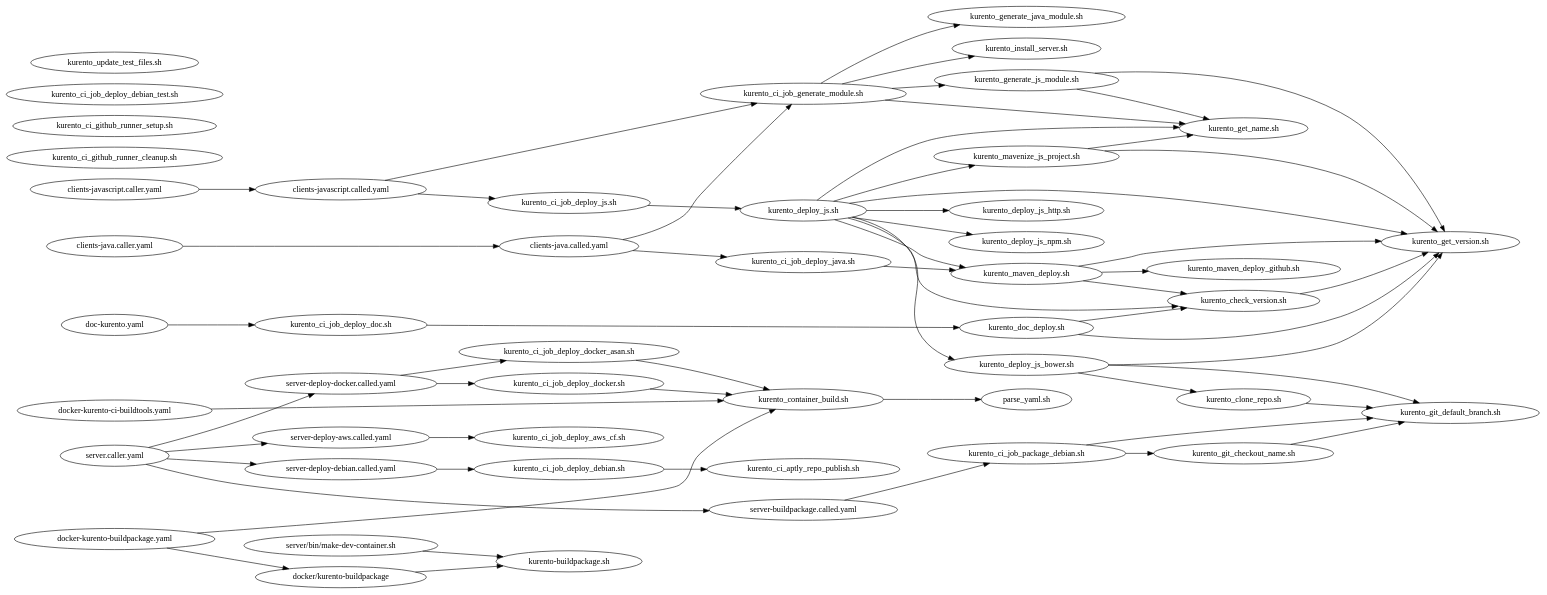
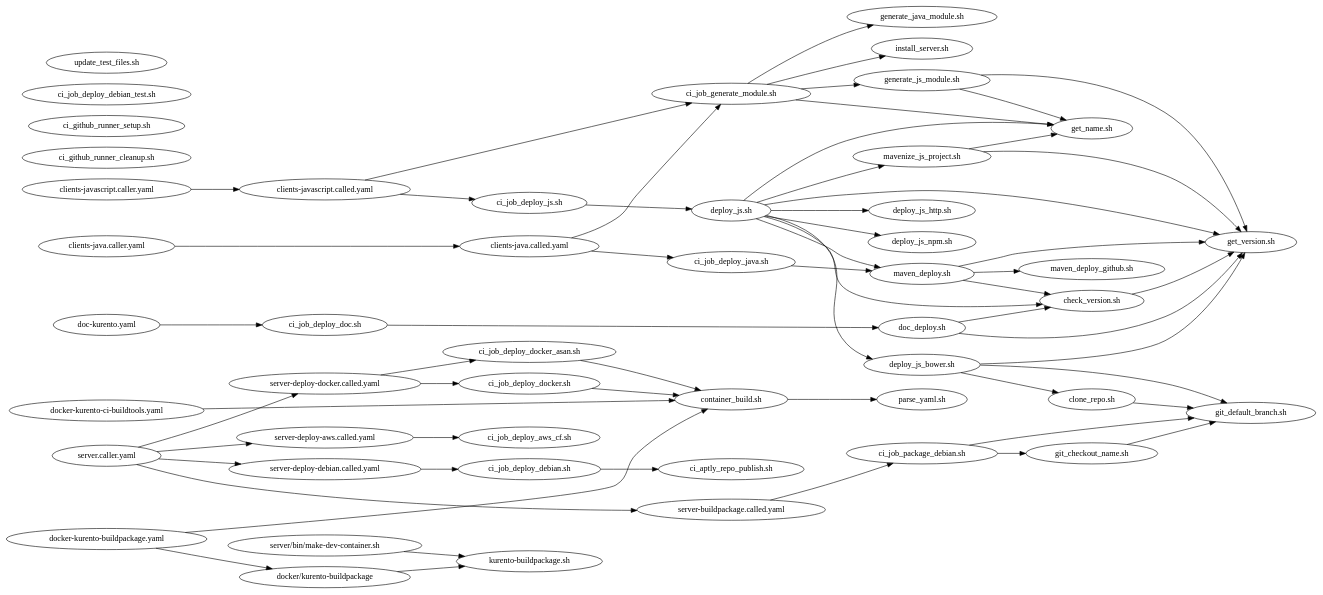
Before and after one commit to Kurento/kurento: the diagram in ci-scripts/README.d/scripts-dependencies.dot, drawn with Graphviz. The commit also changed 46 other files, not shown here.

```diff
--- a/ci-scripts/README.d/scripts-dependencies.dot
+++ b/ci-scripts/README.d/scripts-dependencies.dot
@@ -1,185 +1,185 @@
 digraph scripts {
   //bgcolor = "transparent";
   fontname = "Bitstream Vera Sans";
   fontsize = 8;
   rankdir = "LR";
 
 
   // GitHub Actions CI workflows
   // ===========================
 
   // Standalone definitions.
   // Used so these can be applied the same root rank and appear at the same level.
   {
     rank = "same";
 
     "clients-java.caller.yaml";
     "clients-javascript.caller.yaml";
     "doc-kurento.yaml";
     "docker-kurento-buildpackage.yaml";
     "docker-kurento-ci-buildtools.yaml";
     "server.caller.yaml";
   }
 
   // Root parent jobs.
   "clients-java.caller.yaml" -> {
     "clients-java.called.yaml"
   };
   "clients-javascript.caller.yaml" -> {
     "clients-javascript.called.yaml"
   };
   "doc-kurento.yaml" -> {
-    "kurento_ci_job_deploy_doc.sh"
+    "ci_job_deploy_doc.sh"
   };
   "docker-kurento-buildpackage.yaml" -> {
-    "kurento_container_build.sh"
+    "container_build.sh"
     "docker/kurento-buildpackage"
   };
   "docker-kurento-ci-buildtools.yaml" -> {
-    "kurento_container_build.sh"
+    "container_build.sh"
   };
   "server.caller.yaml" -> {
     "server-buildpackage.called.yaml"
     "server-deploy-aws.called.yaml"
     "server-deploy-debian.called.yaml"
     "server-deploy-docker.called.yaml"
   };
 
   // Child jobs ("reusable workflows")
   "clients-java.called.yaml" -> {
-    "kurento_ci_job_deploy_java.sh"
-    "kurento_ci_job_generate_module.sh"
+    "ci_job_deploy_java.sh"
+    "ci_job_generate_module.sh"
   };
   "clients-javascript.called.yaml" -> {
-    "kurento_ci_job_deploy_js.sh"
-    "kurento_ci_job_generate_module.sh"
+    "ci_job_deploy_js.sh"
+    "ci_job_generate_module.sh"
   };
   "server-buildpackage.called.yaml" -> {
-    "kurento_ci_job_package_debian.sh"
+    "ci_job_package_debian.sh"
   };
   "server-deploy-aws.called.yaml" -> {
-    "kurento_ci_job_deploy_aws_cf.sh"
+    "ci_job_deploy_aws_cf.sh"
   };
   "server-deploy-debian.called.yaml" -> {
-    "kurento_ci_job_deploy_debian.sh"
+    "ci_job_deploy_debian.sh"
   };
   "server-deploy-docker.called.yaml" -> {
-    "kurento_ci_job_deploy_docker.sh"
-    "kurento_ci_job_deploy_docker_asan.sh"
+    "ci_job_deploy_docker.sh"
+    "ci_job_deploy_docker_asan.sh"
   };
 
 
   // GitHub Actions CI job scripts
   // =============================
 
-  "kurento_ci_aptly_repo_publish.sh";
-  "kurento_ci_github_runner_cleanup.sh";
-  "kurento_ci_github_runner_setup.sh";
-  "kurento_ci_job_deploy_aws_cf.sh";
-  "kurento_ci_job_deploy_debian_test.sh";
-  "kurento_ci_job_deploy_debian.sh" -> {
-    "kurento_ci_aptly_repo_publish.sh"
+  "ci_aptly_repo_publish.sh";
+  "ci_github_runner_cleanup.sh";
+  "ci_github_runner_setup.sh";
+  "ci_job_deploy_aws_cf.sh";
+  "ci_job_deploy_debian_test.sh";
+  "ci_job_deploy_debian.sh" -> {
+    "ci_aptly_repo_publish.sh"
   };
-  "kurento_ci_job_deploy_doc.sh" -> {
-    "kurento_doc_deploy.sh"
+  "ci_job_deploy_doc.sh" -> {
+    "doc_deploy.sh"
   };
-  "kurento_ci_job_deploy_docker.sh" -> {
-    "kurento_container_build.sh"
+  "ci_job_deploy_docker.sh" -> {
+    "container_build.sh"
   };
-  "kurento_ci_job_deploy_docker_asan.sh" -> {
-    "kurento_container_build.sh"
+  "ci_job_deploy_docker_asan.sh" -> {
+    "container_build.sh"
   };
-  "kurento_ci_job_deploy_java.sh" -> {
-    "kurento_maven_deploy.sh"
+  "ci_job_deploy_java.sh" -> {
+    "maven_deploy.sh"
   };
-  "kurento_ci_job_deploy_js.sh" -> {
-    "kurento_deploy_js.sh"
+  "ci_job_deploy_js.sh" -> {
+    "deploy_js.sh"
   };
-  "kurento_ci_job_generate_module.sh" -> {
-    "kurento_generate_java_module.sh"
-    "kurento_generate_js_module.sh"
-    "kurento_get_name.sh"
-    "kurento_install_server.sh"
+  "ci_job_generate_module.sh" -> {
+    "generate_java_module.sh"
+    "generate_js_module.sh"
+    "get_name.sh"
+    "install_server.sh"
   };
-  "kurento_ci_job_package_debian.sh" -> {
-    "kurento_git_checkout_name.sh"
-    "kurento_git_default_branch.sh"
+  "ci_job_package_debian.sh" -> {
+    "git_checkout_name.sh"
+    "git_default_branch.sh"
   };
 
 
   // Miscellaneous origins
   // =====================
 
   "docker/kurento-buildpackage" -> {
     "kurento-buildpackage.sh"
   };
 
   "server/bin/make-dev-container.sh" -> {
     "kurento-buildpackage.sh"
   };
 
 
   // Concrete CI operations
   // ======================
 
-  "kurento_container_build.sh" -> {
+  "container_build.sh" -> {
     "parse_yaml.sh"
   };
-  "kurento_deploy_js.sh" -> {
-    "kurento_check_version.sh"
-    "kurento_deploy_js_bower.sh"
-    "kurento_deploy_js_http.sh"
-    "kurento_deploy_js_npm.sh"
-    "kurento_get_name.sh"
-    "kurento_get_version.sh"
-    "kurento_maven_deploy.sh"
-    "kurento_mavenize_js_project.sh"
+  "deploy_js.sh" -> {
+    "check_version.sh"
+    "deploy_js_bower.sh"
+    "deploy_js_http.sh"
+    "deploy_js_npm.sh"
+    "get_name.sh"
+    "get_version.sh"
+    "maven_deploy.sh"
+    "mavenize_js_project.sh"
   };
-  "kurento_deploy_js_bower.sh" -> {
-    "kurento_clone_repo.sh"
-    "kurento_get_version.sh"
-    "kurento_git_default_branch.sh"
+  "deploy_js_bower.sh" -> {
+    "clone_repo.sh"
+    "get_version.sh"
+    "git_default_branch.sh"
   };
-  "kurento_deploy_js_http.sh";
-  "kurento_deploy_js_npm.sh";
-  "kurento_doc_deploy.sh" -> {
-    "kurento_check_version.sh"
-    "kurento_get_version.sh"
+  "deploy_js_http.sh";
+  "deploy_js_npm.sh";
+  "doc_deploy.sh" -> {
+    "check_version.sh"
+    "get_version.sh"
   };
-  "kurento_generate_java_module.sh";
-  "kurento_generate_js_module.sh" -> {
-    "kurento_get_name.sh"
-    "kurento_get_version.sh"
+  "generate_java_module.sh";
+  "generate_js_module.sh" -> {
+    "get_name.sh"
+    "get_version.sh"
   };
-  "kurento_maven_deploy.sh" -> {
-    "kurento_check_version.sh"
-    "kurento_get_version.sh"
-    "kurento_maven_deploy_github.sh"
+  "maven_deploy.sh" -> {
+    "check_version.sh"
+    "get_version.sh"
+    "maven_deploy_github.sh"
   };
-  "kurento_maven_deploy_github.sh";
-  "kurento_mavenize_js_project.sh" -> {
-    "kurento_get_name.sh"
-    "kurento_get_version.sh"
+  "maven_deploy_github.sh";
+  "mavenize_js_project.sh" -> {
+    "get_name.sh"
+    "get_version.sh"
   };
   "kurento-buildpackage.sh";
 
 
   // Utilities
   // =========
 
-  "kurento_check_version.sh" -> {
-    "kurento_get_version.sh"
+  "check_version.sh" -> {
+    "get_version.sh"
   };
-  "kurento_clone_repo.sh" -> {
-    "kurento_git_default_branch.sh"
+  "clone_repo.sh" -> {
+    "git_default_branch.sh"
   };
-  "kurento_get_name.sh";
-  "kurento_get_version.sh";
-  "kurento_git_checkout_name.sh" -> {
-    "kurento_git_default_branch.sh"
+  "get_name.sh";
+  "get_version.sh";
+  "git_checkout_name.sh" -> {
+    "git_default_branch.sh"
   };
-  "kurento_git_default_branch.sh";
-  "kurento_install_server.sh";
-  "kurento_update_test_files.sh";
+  "git_default_branch.sh";
+  "install_server.sh";
+  "update_test_files.sh";
   "parse_yaml.sh";
 }
```
